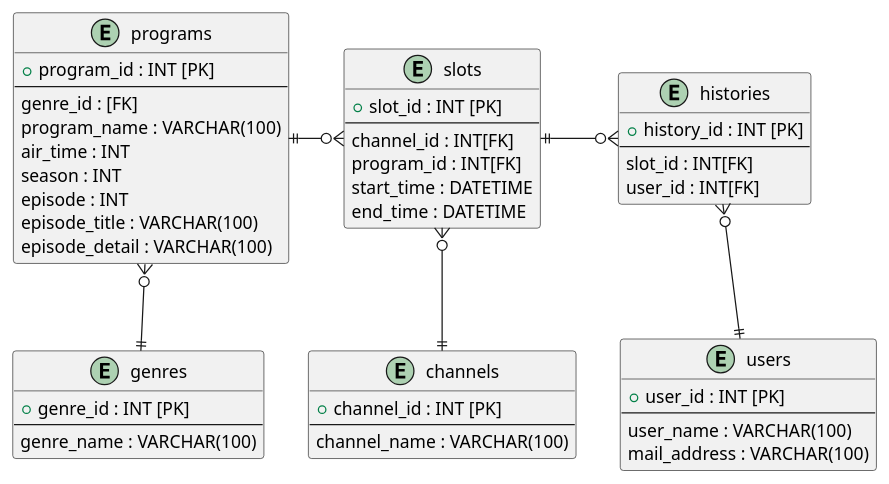
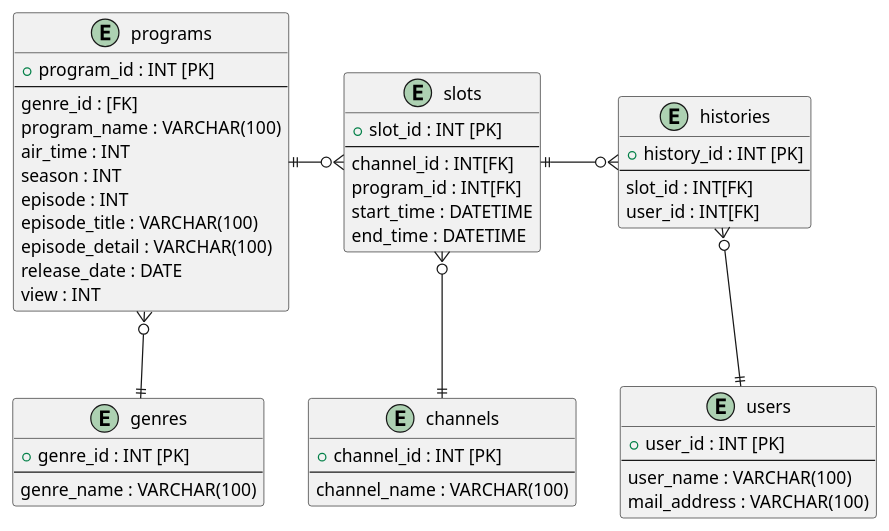
The diagram in diagrams/er.puml (Megumin32/internet_tv), drawn with PlantUML before and after one commit. The commit also changed 1 other file, not shown here.

```diff
--- a/diagrams/er.puml
+++ b/diagrams/er.puml
@@ -1,51 +1,53 @@
 @startuml
 entity users {
   +user_id : INT [PK]
   --
   user_name : VARCHAR(100)
   mail_address : VARCHAR(100)
 }
 
 entity channels {
   +channel_id : INT [PK]
   --
   channel_name : VARCHAR(100)
 }
 entity programs {
   +program_id : INT [PK]
   --
   genre_id : [FK]
   program_name : VARCHAR(100)
   air_time : INT
   season : INT
   episode : INT
   episode_title : VARCHAR(100)
   episode_detail : VARCHAR(100)
+  release_date : DATE
+  view : INT
 }
 entity genres {
   +genre_id : INT [PK]
   --
   genre_name : VARCHAR(100)
 }
 
 entity slots {
   +slot_id : INT [PK]
   --
   channel_id : INT[FK]
   program_id : INT[FK]
   start_time : DATETIME
   end_time : DATETIME
 }
 entity histories {
   +history_id : INT [PK]
   --
   slot_id : INT[FK]
   user_id : INT[FK]
 }
 
 channels ||-u-o{ slots
 programs ||-r-o{ slots
 programs }o-d-|| genres
 users ||-u-o{ histories
 slots ||-r-o{ histories
 @enduml
```
